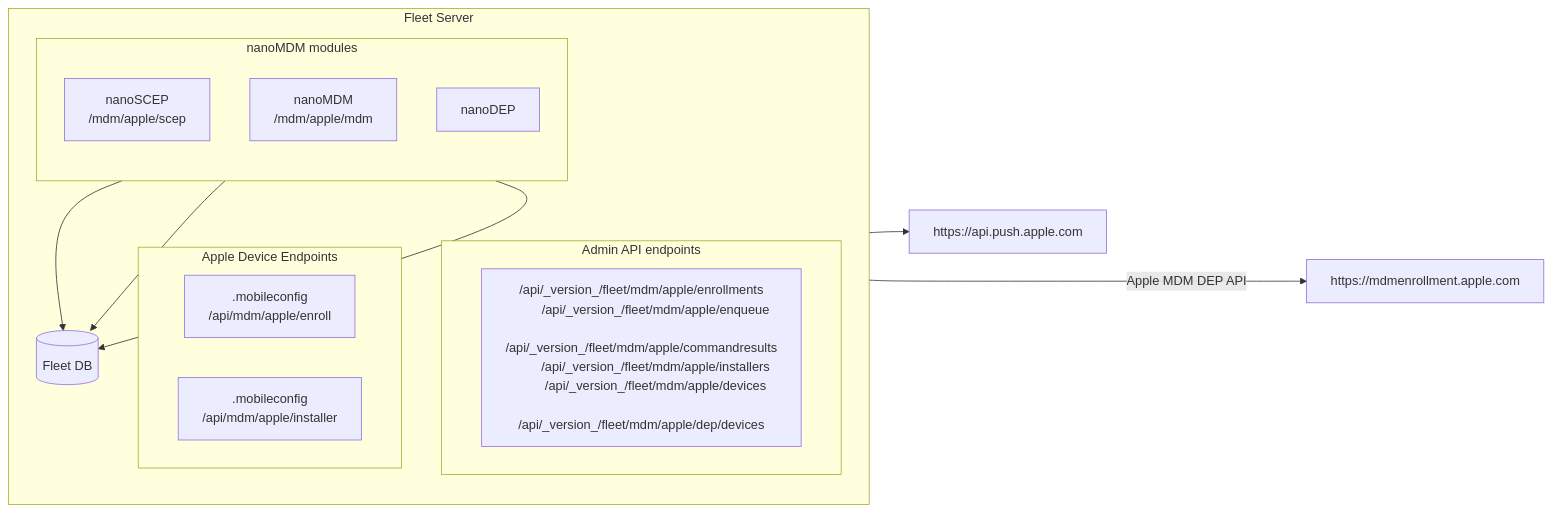
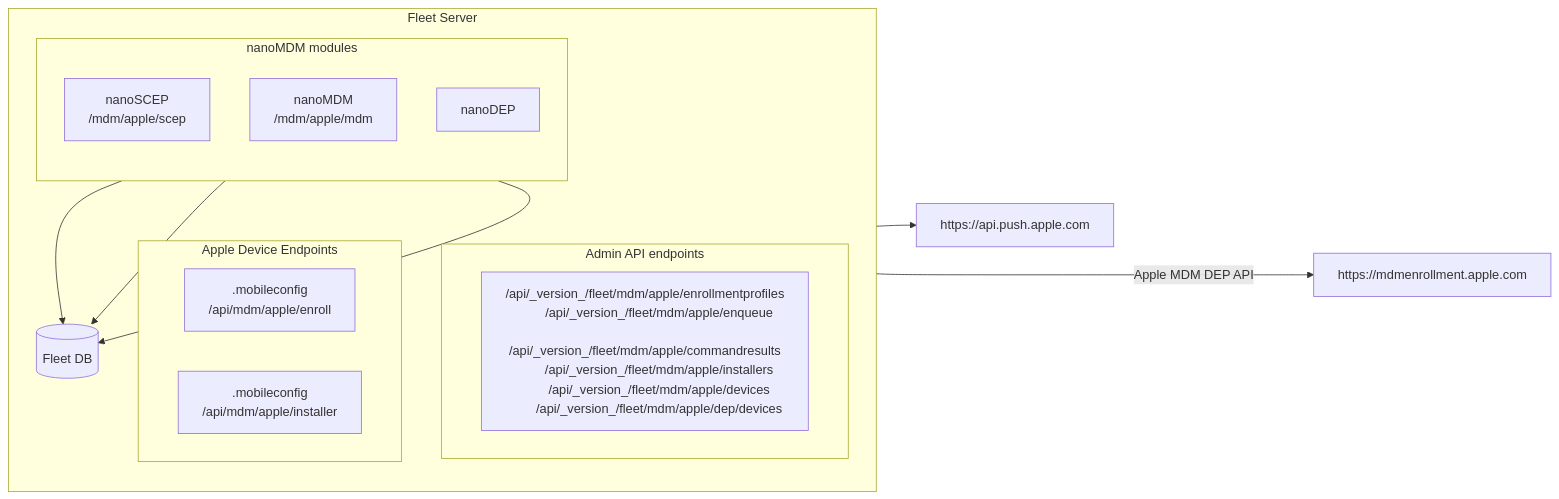
One commit to fleetdm/fleet changed the diagram in tools/mdm/apple/demo.md. Above: the diagram before and after it, drawn with Mermaid. The commit also changed other lines of this file and 3 other files, not shown here.

Commit message:
remove mdm apple server url

````diff
--- a/tools/mdm/apple/demo.md
+++ b/tools/mdm/apple/demo.md
@@ -5,35 +5,35 @@
 ```mermaid
 flowchart LR
 
 subgraph Fleet [Fleet Server]
     direction TB;
     subgraph apiEndpoints ["Admin API endpoints"]
-        api["/api/_version_/fleet/mdm/apple/enrollments
+        api["/api/_version_/fleet/mdm/apple/enrollmentprofiles
         /api/_version_/fleet/mdm/apple/enqueue
         /api/_version_/fleet/mdm/apple/commandresults
         /api/_version_/fleet/mdm/apple/installers
         /api/_version_/fleet/mdm/apple/devices
         /api/_version_/fleet/mdm/apple/dep/devices"];
     end 
     subgraph deviceEndpoints ["Apple Device Endpoints"];
         enroll[".mobileconfig<br>/api/mdm/apple/enroll"];
         installer[".mobileconfig<br>/api/mdm/apple/installer"];
     end
     subgraph nanoMDMModules ["nanoMDM modules"]
         direction TB;
         nanoSCEP["nanoSCEP<br>/mdm/apple/scep"];
         nanoMDM["nanoMDM<br>/mdm/apple/mdm"];
         nanoDEP["nanoDEP"];
     end
     fleetDB[(Fleet DB)];
 end
 
 ApplePush[https://api.push.apple.com];
 AppleDEP[https://mdmenrollment.apple.com];
 nanoDEP -- Apple MDM DEP API ----> AppleDEP;
 nanoMDM --> ApplePush;
 
 nanoSCEP --> fleetDB
 nanoDEP --> fleetDB;
 nanoMDM --> fleetDB;
 ```
````
